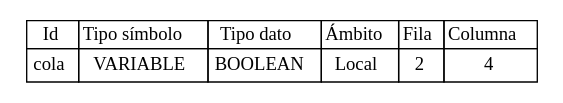
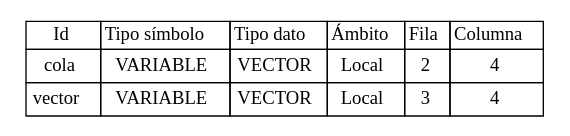
One commit to Jodyannre/COMPI2_proyecto2_2022 changed the diagram in Back/Web/tablas/tablaSimbolos.dot. Above: the diagram before and after it, drawn with Graphviz. The commit also changed 12 other files, not shown here.

```diff
--- a/Back/Web/tablas/tablaSimbolos.dot
+++ b/Back/Web/tablas/tablaSimbolos.dot
@@ -1,36 +1,54 @@
 
 	digraph {
 		tablaSimbolos [
 		  shape=plaintext
 		  label=<
 			<table border='0' cellborder='1' color='black' cellspacing='0'>
 			  <tr>
 				  <td>Id</td>
 				  <td>Tipo símbolo</td>
 				  <td>Tipo dato</td>
 				  <td>Ámbito</td>
 				  <td>Fila</td>
 				  <td>Columna</td>
 			  </tr>
 	
 <tr>
 <td cellpadding='4'>
 cola
 </td>
 <td cellpadding='4'>VARIABLE
 </td>
-<td cellpadding='4'>BOOLEAN
+<td cellpadding='4'>VECTOR
 </td>
 <td cellpadding='4'>Local
 </td>
 <td cellpadding='4'>
 2
 </td>
 <td cellpadding='4'>
 4
 </td>
 </tr>
 
+<tr>
+<td cellpadding='4'>
+vector
+</td>
+<td cellpadding='4'>VARIABLE
+</td>
+<td cellpadding='4'>VECTOR
+</td>
+<td cellpadding='4'>Local
+</td>
+<td cellpadding='4'>
+3
+</td>
+<td cellpadding='4'>
+4
+</td>
+</tr>
+
 		</table>
 		>];
 	}
```
